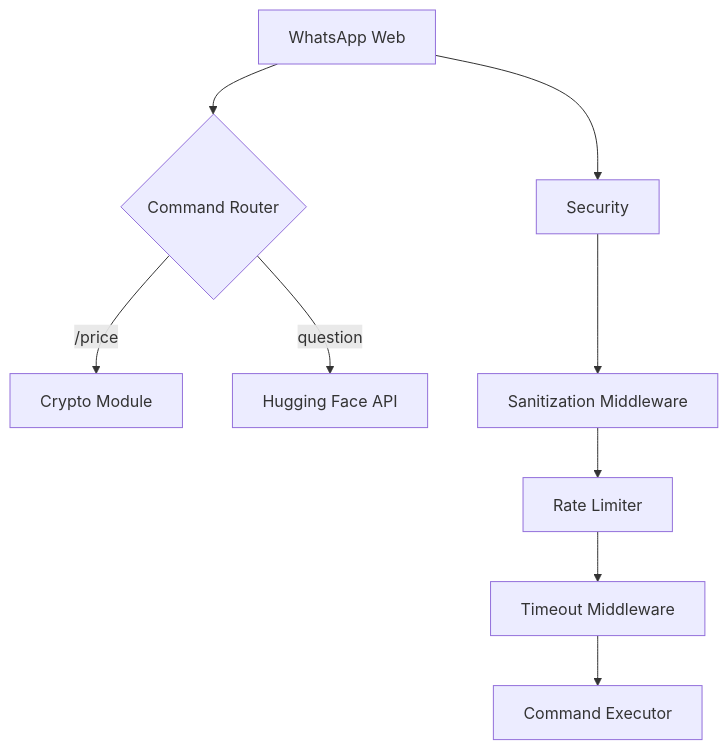
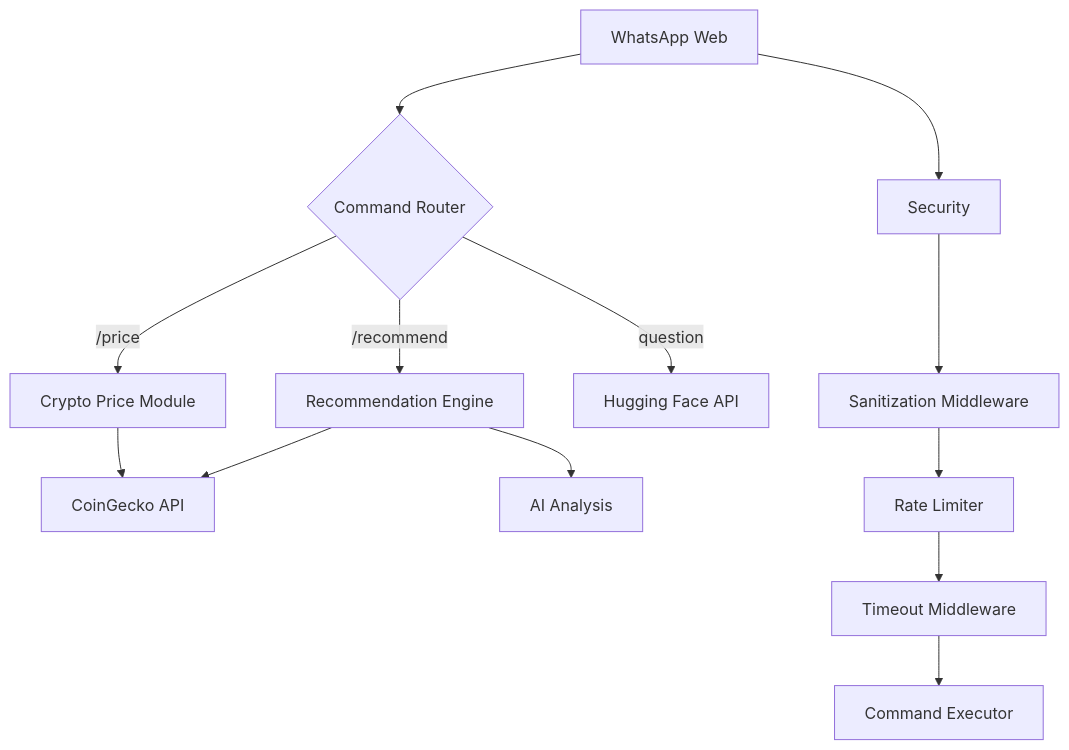
Before and after one commit to IvanDec0/blockmind: the diagram in README.md, drawn with Mermaid. The commit also changed other lines of this file, not shown here.

````diff
--- a/README.md
+++ b/README.md
@@ -102,10 +124,14 @@
 ```mermaid
 graph TD
     A[WhatsApp Web] --> B{Command Router}
-    B -->|/price| D[Crypto Module]
+    B -->|/price| D[Crypto Price Module]
+    B -->|/recommend| R[Recommendation Engine]
     B -->|question| E[Hugging Face API]
+    D --> CG[CoinGecko API]
+    R --> CG
+    R --> AI[AI Analysis]
     A -->C[Security] --> F[Sanitization Middleware]
     F --> G[Rate Limiter]
     G --> H[Timeout Middleware]
     H --> I[Command Executor]
 ```
````
